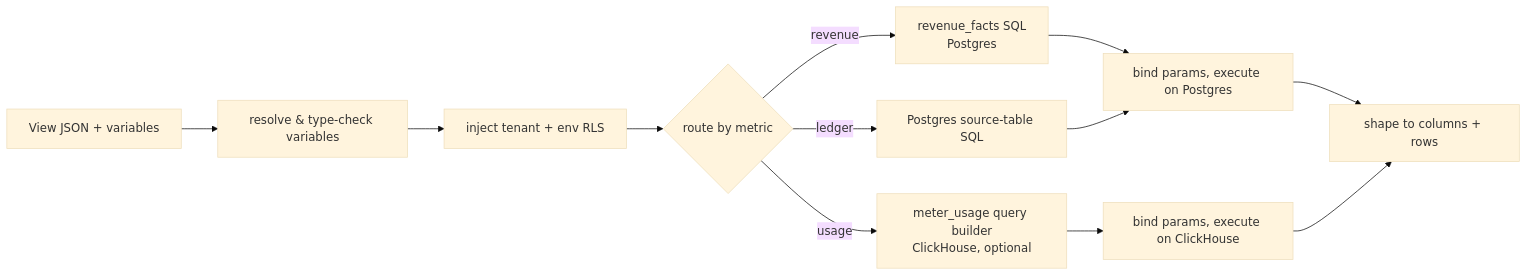
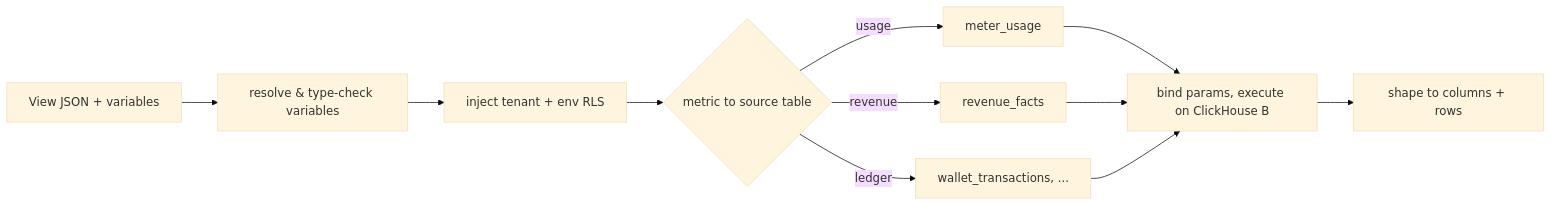
One commit to flexprice/flexprice changed the sixth of 6 diagrams in docs/design/2026-09-10-FLE-1257-analytics-platform-erd.md. Above: the diagram before and after it, drawn with Mermaid (base theme). The commit also changed other lines of this file, not shown here.

First line of the commit message:
docs(analytics): unify serving on ClickHouse (B), Postgres as revenue system-of-record

````diff
--- a/docs/design/2026-09-10-FLE-1257-analytics-platform-erd.md
+++ b/docs/design/2026-09-10-FLE-1257-analytics-platform-erd.md
@@ -512,14 +509,13 @@
 ```mermaid
 flowchart LR
   V[View JSON + variables] --> T1[resolve & type-check variables]
   T1 --> T2[inject tenant + env RLS]
-  T2 --> T3{route by metric}
-  T3 -- revenue --> RF[revenue_facts SQL<br/>Postgres]
-  T3 -- ledger --> SY[Postgres source-table SQL]
-  T3 -- usage --> MU[meter_usage query builder<br/>ClickHouse, optional]
-  RF --> PG[bind params, execute on Postgres]
-  SY --> PG
-  MU --> CH[bind params, execute on ClickHouse]
-  PG --> SH[shape to columns + rows]
-  CH --> SH
+  T2 --> T3{metric to source table}
+  T3 -- usage --> MU[meter_usage]
+  T3 -- revenue --> RF[revenue_facts]
+  T3 -- ledger --> WT[wallet_transactions, ...]
+  MU --> BIND[bind params, execute on ClickHouse B]
+  RF --> BIND
+  WT --> BIND
+  BIND --> SH[shape to columns + rows]
 ```
````
